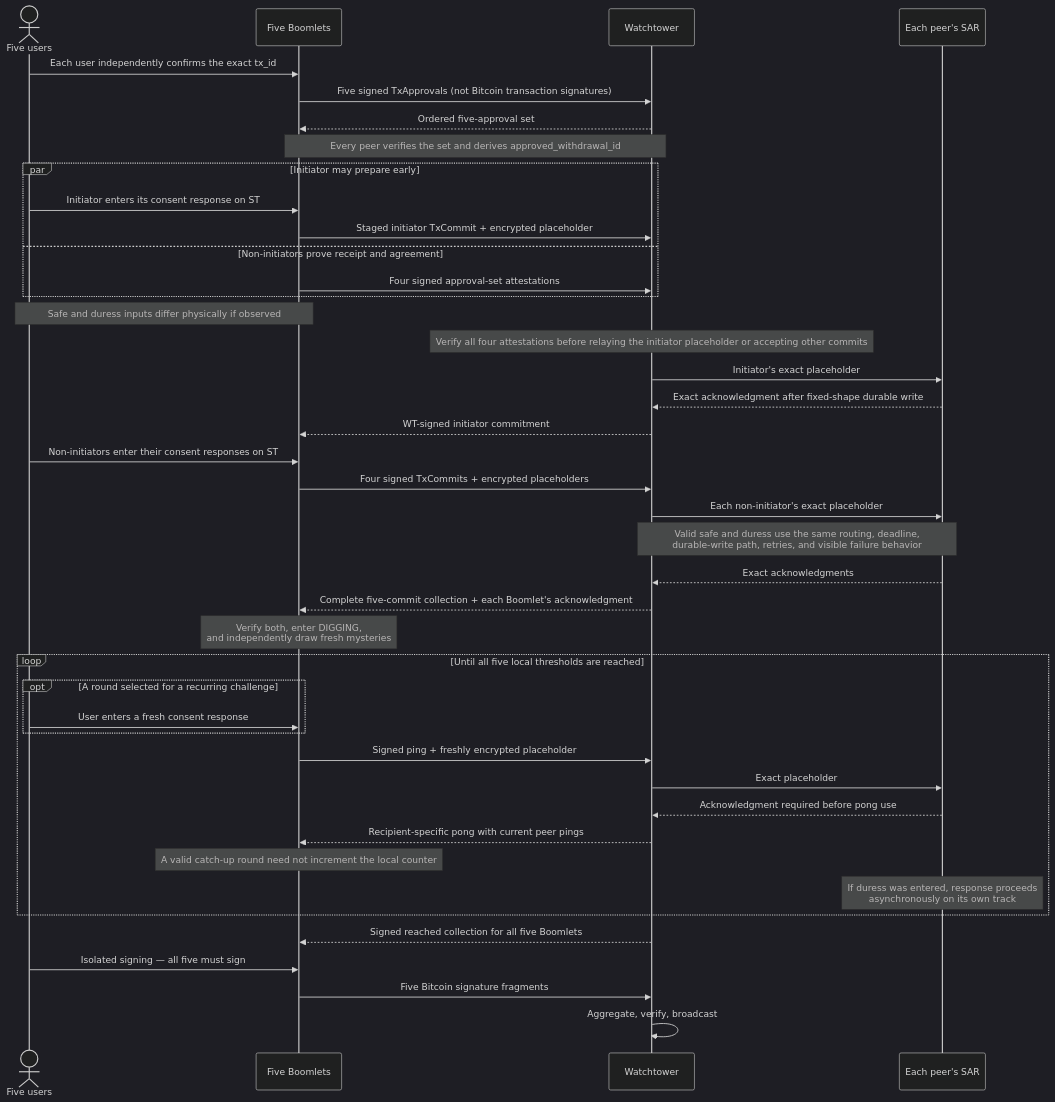
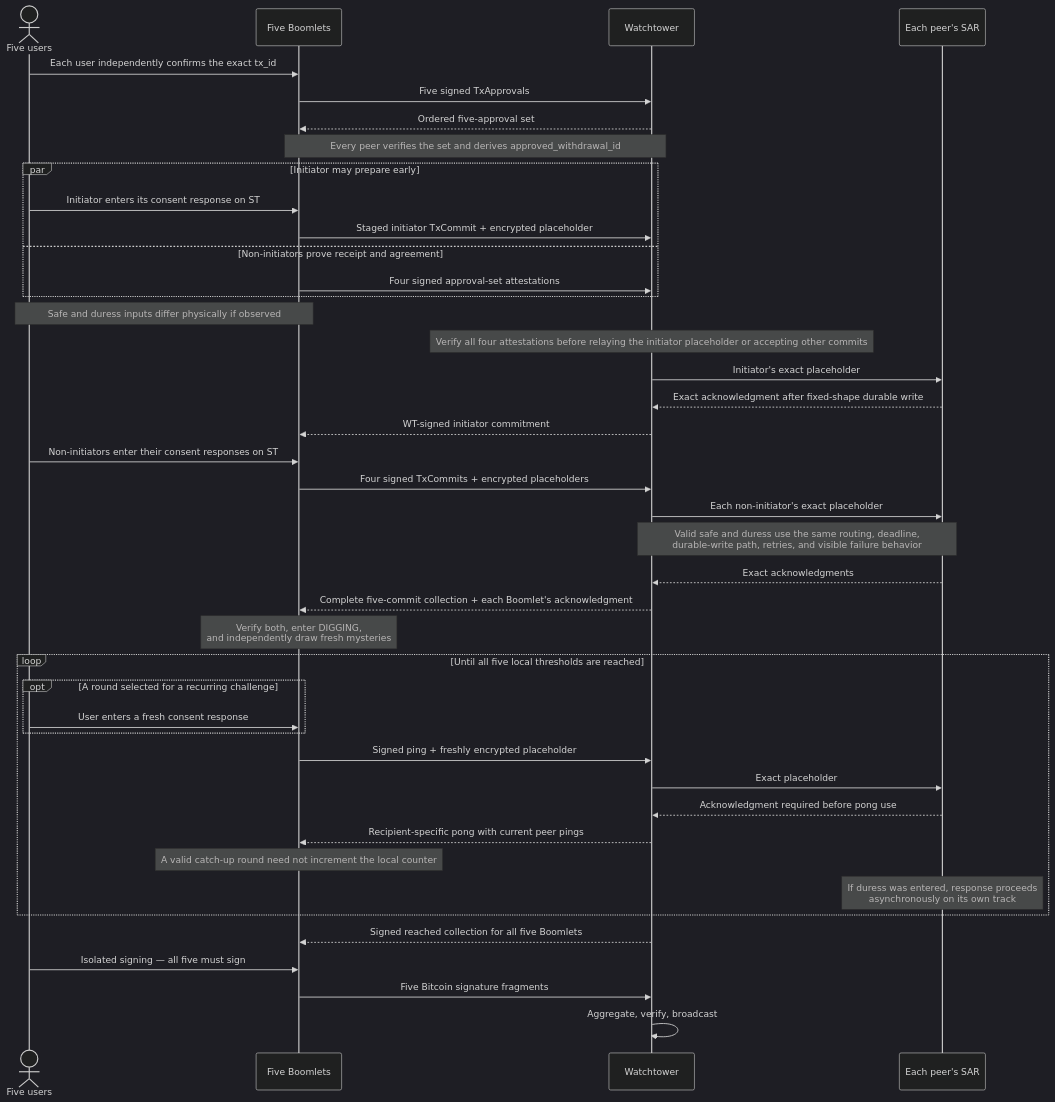
The first of 3 diagrams in DESIGN.md (cogwheel26/boomerang_design), drawn with Mermaid (dark theme) before and after one commit. The commit also changed other lines of this file, not shown here.

````diff
--- a/DESIGN.md
+++ b/DESIGN.md
@@ -309,49 +306,49 @@
 ```mermaid
 sequenceDiagram
     actor U as Five users
     participant B as Five Boomlets
     participant WT as Watchtower
     participant SAR as Each peer's SAR
 
     U->>B: Each user independently confirms the exact tx_id
-    B->>WT: Five signed TxApprovals (not Bitcoin transaction signatures)
+    B->>WT: Five signed TxApprovals
     WT-->>B: Ordered five-approval set
     Note over B,WT: Every peer verifies the set and derives approved_withdrawal_id
 
     par Initiator may prepare early
         U->>B: Initiator enters its consent response on ST
         B->>WT: Staged initiator TxCommit + encrypted placeholder
     and Non-initiators prove receipt and agreement
         B->>WT: Four signed approval-set attestations
     end
     Note over U,B: Safe and duress inputs differ physically if observed
     Note over WT: Verify all four attestations before relaying the initiator placeholder or accepting other commits
     WT->>SAR: Initiator's exact placeholder
     SAR-->>WT: Exact acknowledgment after fixed-shape durable write
     WT-->>B: WT-signed initiator commitment
 
     U->>B: Non-initiators enter their consent responses on ST
     B->>WT: Four signed TxCommits + encrypted placeholders
     WT->>SAR: Each non-initiator's exact placeholder
     Note over WT,SAR: Valid safe and duress use the same routing, deadline,<br/>durable-write path, retries, and visible failure behavior
     SAR-->>WT: Exact acknowledgments
     WT-->>B: Complete five-commit collection + each Boomlet's acknowledgment
     Note over B: Verify both, enter DIGGING,<br/>and independently draw fresh mysteries
 
     loop Until all five local thresholds are reached
         opt A round selected for a recurring challenge
             U->>B: User enters a fresh consent response
         end
         B->>WT: Signed ping + freshly encrypted placeholder
         WT->>SAR: Exact placeholder
         SAR-->>WT: Acknowledgment required before pong use
         WT-->>B: Recipient-specific pong with current peer pings
         Note over B: A valid catch-up round need not increment the local counter
         Note over SAR: If duress was entered, response proceeds<br/>asynchronously on its own track
     end
 
     WT-->>B: Signed reached collection for all five Boomlets
     U->>B: Isolated signing — all five must sign
     B->>WT: Five Bitcoin signature fragments
     WT->>WT: Aggregate, verify, broadcast
 ```
````
